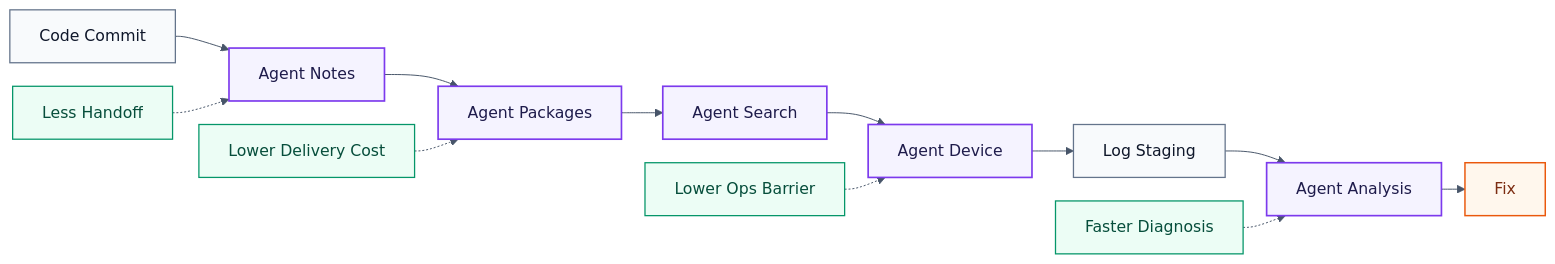
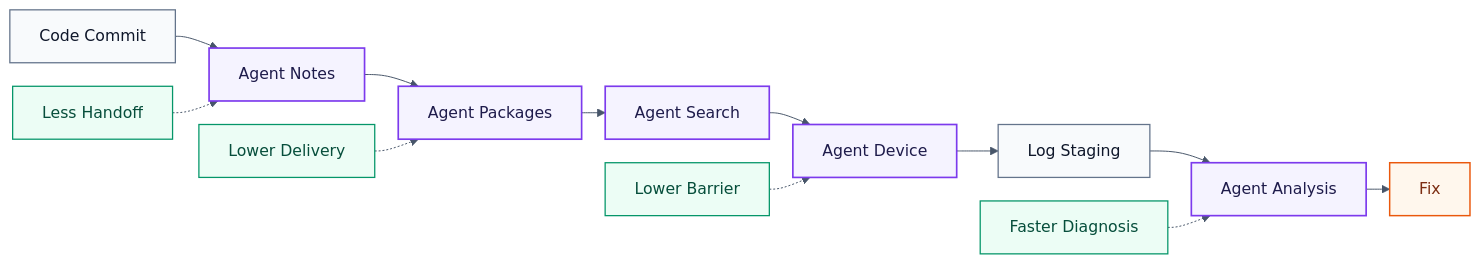
One commit to visiontrail/RavenAI changed the second of 4 diagrams in README.md. Above: the diagram before and after it, drawn with Mermaid. The commit also changed other lines of this file and 1 other file, not shown here.

Commit message:
chore: refine flowchart descriptions and terminology in README files

````diff
--- a/README.md
+++ b/README.md
@@ -55,28 +55,28 @@
 ```mermaid
 %%{init: {"theme": "base", "flowchart": {"htmlLabels": true, "nodeSpacing": 24, "rankSpacing": 24, "curve": "basis"}, "themeVariables": {"fontFamily": "Arial, Microsoft YaHei", "primaryTextColor": "#0F172A", "lineColor": "#475569"}}}%%
 
 flowchart LR
 
 A["Code Commit"] --> B["Agent Notes"]
 B --> C["Agent Packages"]
 C --> D["Agent Search"]
 D --> E["Agent Device"]
 E --> F["Log Staging"]
 F --> G["Agent Analysis"]
 G --> H["Fix"]
 
 V1["Less Handoff"] -.-> B
-V2["Lower Delivery Cost"] -.-> C
-V3["Lower Ops Barrier"] -.-> E
+V2["Lower Delivery"] -.-> C
+V3["Lower Barrier"] -.-> E
 V4["Faster Diagnosis"] -.-> G
 
 classDef normal fill:#F8FAFC,stroke:#64748B,stroke-width:1.3px,color:#0F172A;
 classDef agent fill:#F5F3FF,stroke:#7C3AED,stroke-width:1.7px,color:#1E1B4B;
 classDef value fill:#ECFDF5,stroke:#059669,stroke-width:1.3px,color:#064E3B;
 classDef repair fill:#FFF7ED,stroke:#EA580C,stroke-width:1.5px,color:#7C2D12;
 
 class A,F normal;
 class B,C,D,E,G agent;
 class V1,V2,V3,V4 value;
 class H repair;
 ```
````
